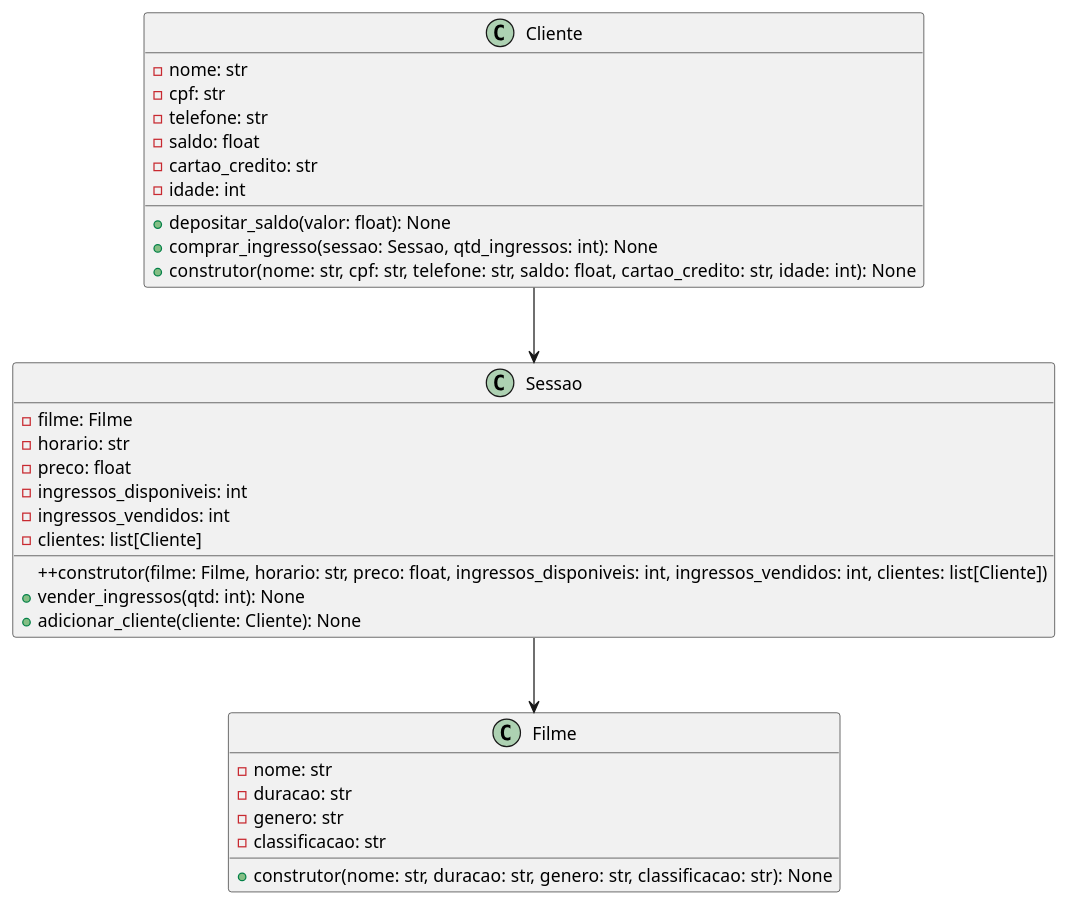
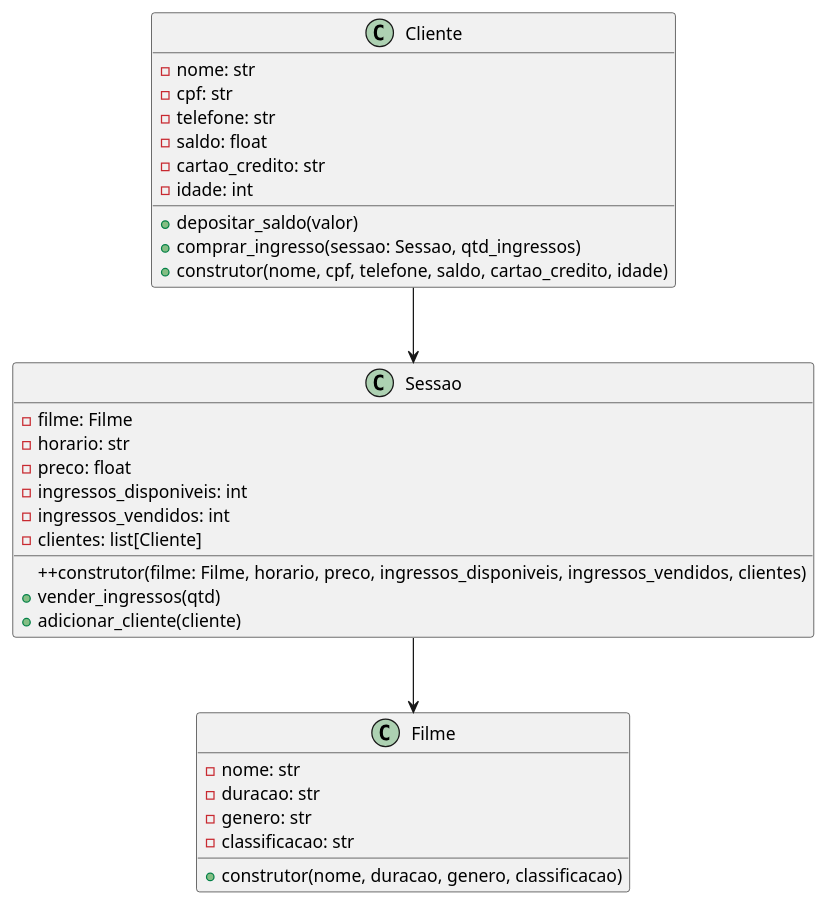
The diagram in Diagramas/teste.plantUML (anleaes/2023-1-N1-POO-06), drawn with PlantUML before and after one commit.

Commit message:
Ajuste de Diagrama construtor

```diff
--- a/Diagramas/teste.plantUML
+++ b/Diagramas/teste.plantUML
@@ -1,38 +1,38 @@
 @startuml N123
 
 class Cliente {
     -nome: str
     -cpf: str
     -telefone: str
     -saldo: float
     -cartao_credito: str
     -idade: int
-    +depositar_saldo(valor: float): None
-    +comprar_ingresso(sessao: Sessao, qtd_ingressos: int): None
-    +construtor(nome: str, cpf: str, telefone: str, saldo: float, cartao_credito: str, idade: int): None
+    +depositar_saldo(valor)
+    +comprar_ingresso(sessao: Sessao, qtd_ingressos)
+    +construtor(nome, cpf, telefone, saldo, cartao_credito, idade)
 }
 
 class Filme {
     -nome: str
     -duracao: str
     -genero: str
     -classificacao: str
-    +construtor(nome: str, duracao: str, genero: str, classificacao: str): None
+    +construtor(nome, duracao, genero, classificacao)
 }
 
 class Sessao {
     -filme: Filme
     -horario: str
     -preco: float
     -ingressos_disponiveis: int
     -ingressos_vendidos: int
     -clientes: list[Cliente]
-    ++construtor(filme: Filme, horario: str, preco: float, ingressos_disponiveis: int, ingressos_vendidos: int, clientes: list[Cliente])
-    +vender_ingressos(qtd: int): None
-    +adicionar_cliente(cliente: Cliente): None
+    ++construtor(filme: Filme, horario, preco, ingressos_disponiveis, ingressos_vendidos, clientes)
+    +vender_ingressos(qtd)
+    +adicionar_cliente(cliente)
 }
 
 Cliente --> Sessao
 Sessao --> Filme
 
 @enduml
```
